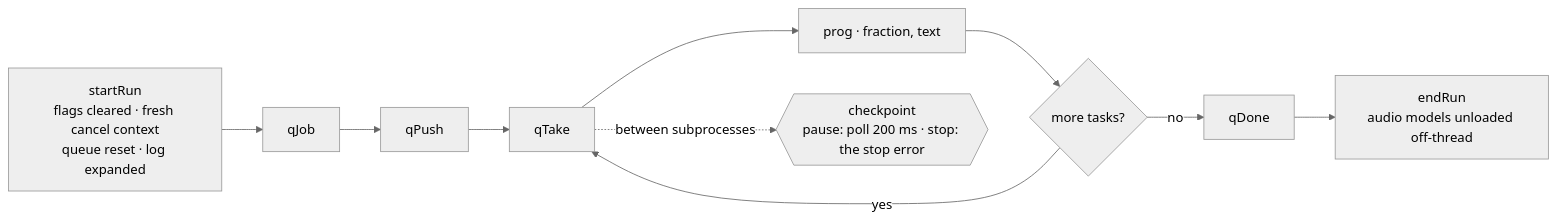
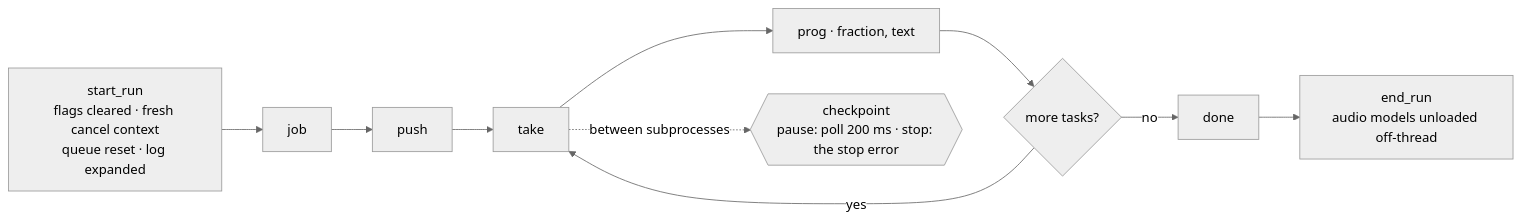
The fourth of 12 diagrams in spec/03-shell.md (tbocek/naivepost), drawn with Mermaid (neutral theme) before and after one commit. The commit also changed other lines of this file and 21 other files, not shown here.

````diff
--- a/spec/03-shell.md
+++ b/spec/03-shell.md
@@ -105,10 +105,10 @@
 ```mermaid
 flowchart LR
-  S["startRun<br/>flags cleared · fresh cancel context<br/>queue reset · log expanded"] --> J["qJob"] --> Q["qPush"] --> T["qTake"]
+  S["start_run<br/>flags cleared · fresh cancel context<br/>queue reset · log expanded"] --> J["job"] --> Q["push"] --> T["take"]
   T --> P["prog · fraction, text"] --> D{"more tasks?"}
   D -- yes --> T
-  D -- no --> DN["qDone"] --> E["endRun<br/>audio models unloaded off-thread"]
+  D -- no --> DN["done"] --> E["end_run<br/>audio models unloaded off-thread"]
   T -.between subprocesses.-> CP{{checkpoint<br/>pause: poll 200 ms · stop: the stop error}}
   classDef refuse fill:#fde2e1,stroke:#c01c28,color:#1a1a1a
   classDef done fill:#e3f1e6,stroke:#2e7d32,color:#1a1a1a
 ```
````
